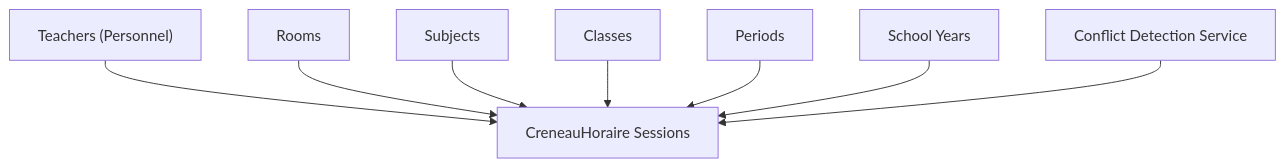
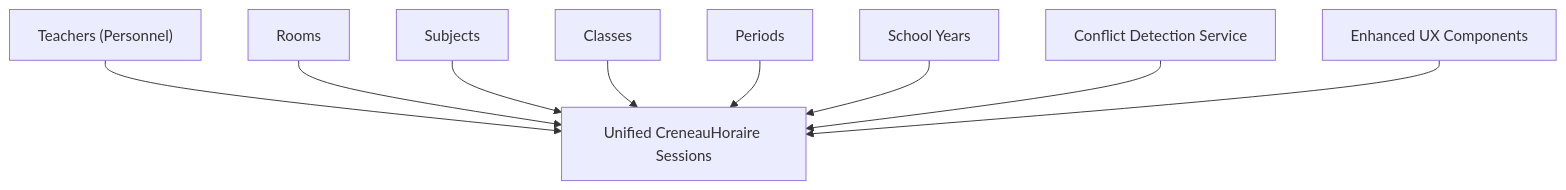
Before and after one commit to franckylab/eLISAschool: the tenth of 11 diagrams in .qoder/repowiki/en/content/Academic Management System/Class & Schedule Management/Timetable Creation & Scheduling.md, drawn with Mermaid. The commit also changed other lines of this file and 49 other files, not shown here.

First line of the commit message:
refactor(timetable): unifier CreneauHoraire pour simplifier la gestion des horaires

````diff
--- a/.qoder/repowiki/en/content/Academic Management System/Class & Schedule Management/Timetable Creation & Scheduling.md
+++ b/.qoder/repowiki/en/content/Academic Management System/Class & Schedule Management/Timetable Creation & Scheduling.md
@@ -617,10 +606,11 @@
 ```mermaid
 graph TB
-T["Teachers (Personnel)"] --> TS["CreneauHoraire Sessions"]
+T["Teachers (Personnel)"] --> TS["Unified CreneauHoraire Sessions"]
 R["Rooms"] --> TS
 S["Subjects"] --> TS
 C["Classes"] --> TS
 P["Periods"] --> TS
 Y["School Years"] --> TS
 CD["Conflict Detection Service"] --> TS
+UX["Enhanced UX Components"] --> TS
 ```
````
